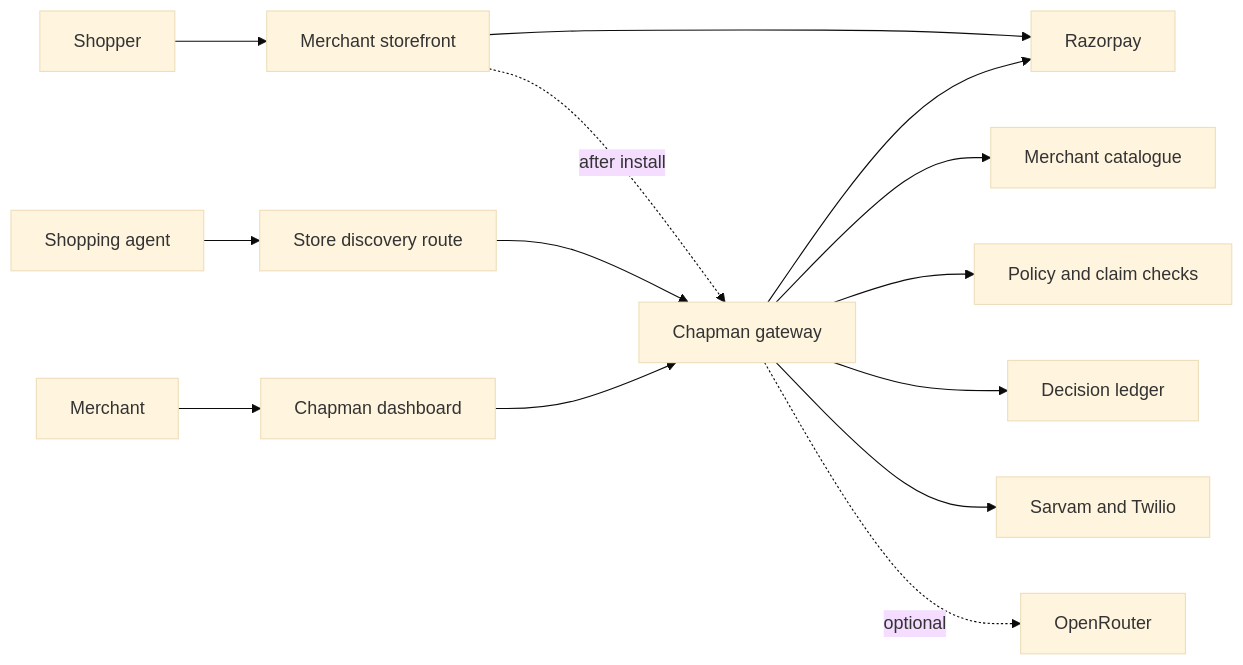
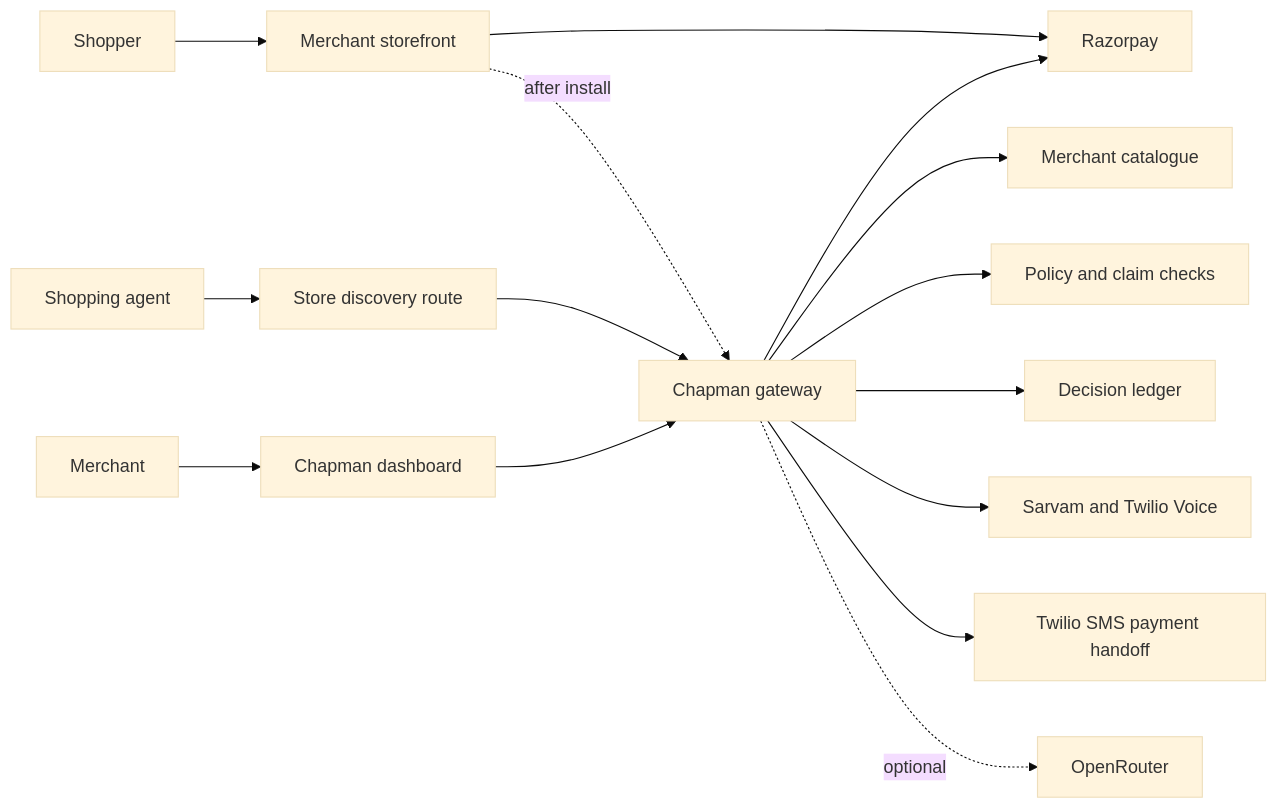
One commit to supersanchayrx/RazorPay-Buildathon changed the diagram in README.md. Above: the diagram before and after it, drawn with Mermaid (base theme). The commit also changed other lines of this file and 38 other files, not shown here.

````diff
--- a/README.md
+++ b/README.md
@@ -60,18 +60,19 @@
 ```mermaid
 flowchart LR
     Shopper[Shopper] --> Store[Merchant storefront]
     Agent[Shopping agent] --> Discovery[Store discovery route]
     Merchant[Merchant] --> Dashboard[Chapman dashboard]
 
     Store --> Razorpay[Razorpay]
     Store -. after install .-> Gateway[Chapman gateway]
     Discovery --> Gateway
     Dashboard --> Gateway
 
     Gateway --> Catalog[Merchant catalogue]
     Gateway --> Checks[Policy and claim checks]
     Gateway --> Ledger[Decision ledger]
     Gateway --> Razorpay
-    Gateway --> Voice[Sarvam and Twilio]
+    Gateway --> Voice[Sarvam and Twilio Voice]
+    Gateway --> SMS[Twilio SMS payment handoff]
     Gateway -. optional .-> OpenRouter[OpenRouter]
 ```
````
